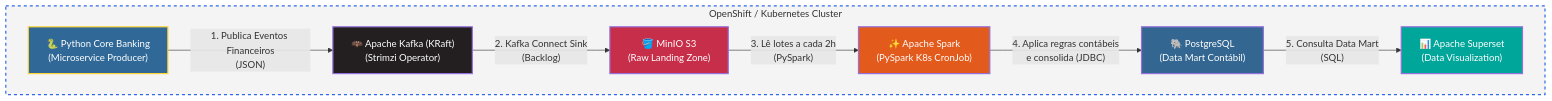
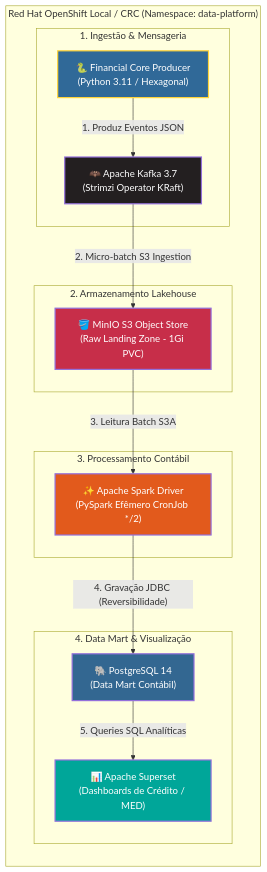
The diagram in README.md (Helfstein-one/openshift-lean-data-platform), drawn with Mermaid before and after one commit. The commit also changed other lines of this file and 2 other files, not shown here.

Commit message:
docs: add drawio architecture source, vector svg, and detailed openshift guide

````diff
--- a/README.md
+++ b/README.md
@@ -9,28 +17,38 @@
 ```mermaid
 flowchart TD
-    %% Estilos (Cores imitando ícones oficiais)
-    classDef python fill:#306998,stroke:#FFD43B,stroke-width:2px,color:white;
+    classDef producer fill:#306998,stroke:#FFD43B,stroke-width:2px,color:white;
     classDef kafka fill:#231F20,stroke:#white,stroke-width:2px,color:white;
     classDef minio fill:#C72E49,stroke:#white,stroke-width:2px,color:white;
     classDef spark fill:#E25A1C,stroke:#white,stroke-width:2px,color:white;
     classDef postgres fill:#336791,stroke:#white,stroke-width:2px,color:white;
     classDef superset fill:#00A699,stroke:#white,stroke-width:2px,color:white;
-    classDef k8s fill:#326CE5,stroke:#white,stroke-width:2px,color:white;
+    classDef ocp fill:#1E293B,stroke:#EE0000,stroke-width:2px,color:white;
 
-    subgraph OpenShift ["OpenShift / Kubernetes Cluster"]
-        style OpenShift fill:#f4f4f4,stroke:#326CE5,stroke-width:2px,stroke-dasharray: 5 5
+    subgraph Cluster ["Red Hat OpenShift Local / CRC (Namespace: data-platform)"]
+        direction TB
 
-        Producer["🐍 Python Core Banking\n(Microservice Producer)"]:::python
-        Broker["🦇 Apache Kafka (KRaft)\n(Strimzi Operator)"]:::kafka
-        DataLake["🪣 MinIO S3\n(Raw Landing Zone)"]:::minio
-        ETL["✨ Apache Spark\n(PySpark K8s CronJob)"]:::spark
-        DW["🐘 PostgreSQL\n(Data Mart Contábil)"]:::postgres
-        BI["📊 Apache Superset\n(Data Visualization)"]:::superset
+        subgraph Ingestion ["1. Ingestão & Mensageria"]
+            Producer["🐍 Financial Core Producer\n(Python 3.11 / Hexagonal)"]:::producer
+            Kafka["🦇 Apache Kafka 3.7\n(Strimzi Operator KRaft)"]:::kafka
+        end
 
-        Producer -- "1. Publica Eventos Financeiros\n(JSON)" --> Broker
-        Broker -- "2. Kafka Connect Sink\n(Backlog)" --> DataLake
-        DataLake -- "3. Lê lotes a cada 2h\n(PySpark)" --> ETL
-        ETL -- "4. Aplica regras contábeis\ne consolida (JDBC)" --> DW
-        DW -- "5. Consulta Data Mart\n(SQL)" --> BI
+        subgraph Storage ["2. Armazenamento Lakehouse"]
+            MinIO["🪣 MinIO S3 Object Store\n(Raw Landing Zone - 1Gi PVC)"]:::minio
+        end
+
+        subgraph Compute ["3. Processamento Contábil"]
+            Spark["✨ Apache Spark Driver\n(PySpark Efêmero CronJob */2)"]:::spark
+        end
+
+        subgraph Serving ["4. Data Mart & Visualização"]
+            Postgres["🐘 PostgreSQL 14\n(Data Mart Contábil)"]:::postgres
+            Superset["📊 Apache Superset\n(Dashboards de Crédito / MED)"]:::superset
+        end
+
+        Producer -->|"1. Produz Eventos JSON"| Kafka
+        Kafka -->|"2. Micro-batch S3 Ingestion"| MinIO
+        MinIO -->|"3. Leitura Batch S3A"| Spark
+        Spark -->|"4. Gravação JDBC (Reversibilidade)"| Postgres
+        Postgres -->|"5. Queries SQL Analíticas"| Superset
     end
 ```
````
